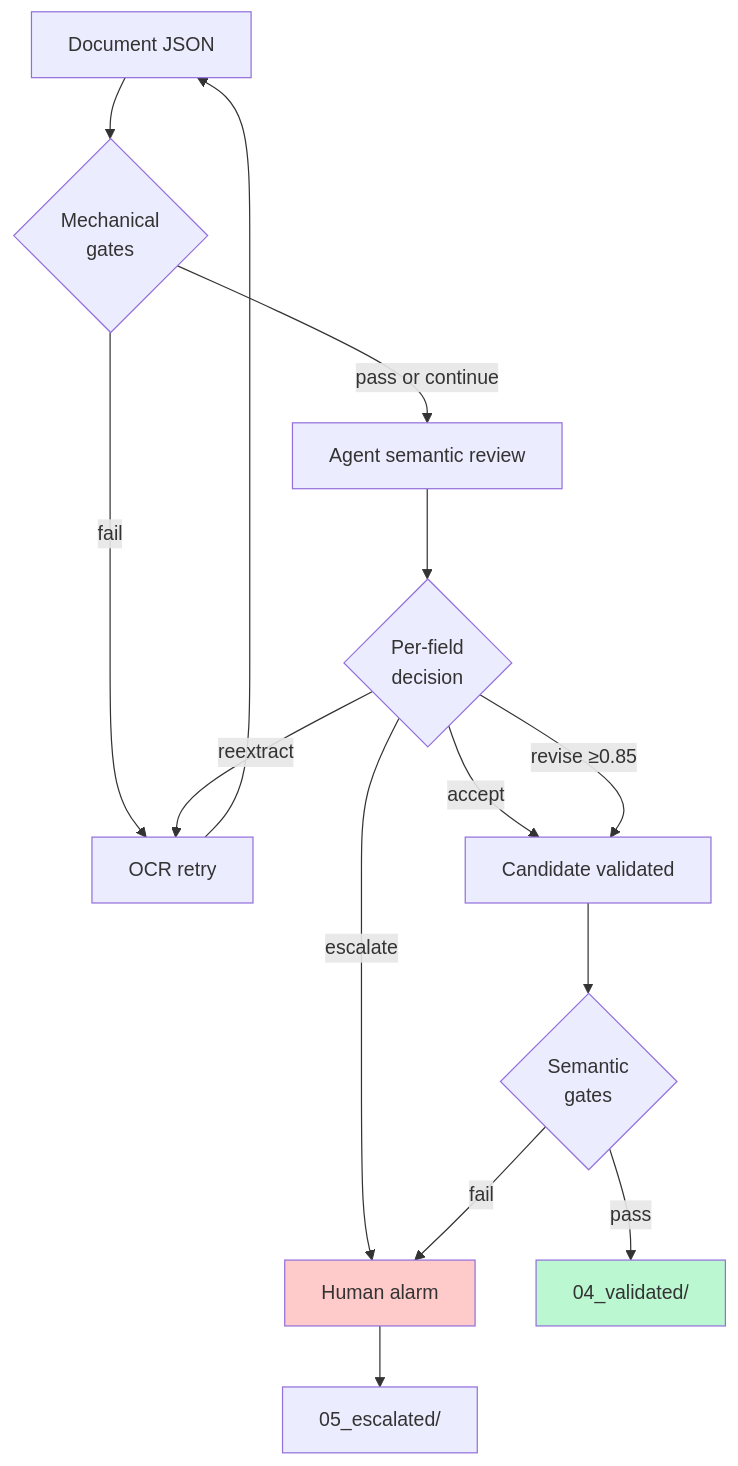
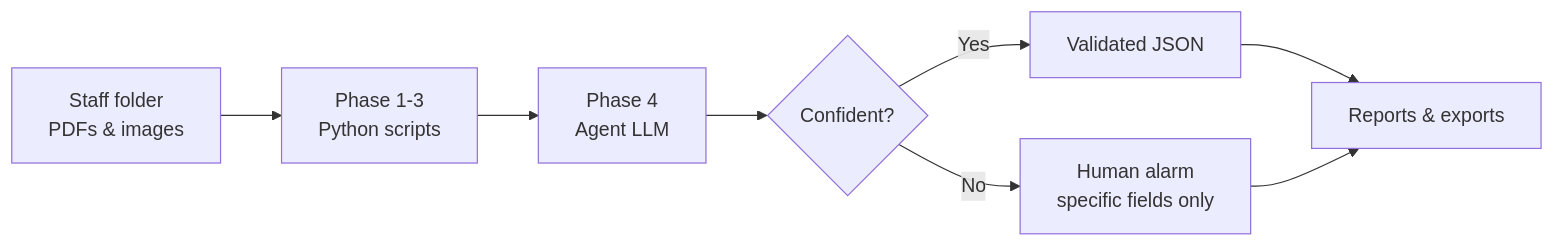
The diagram in README.md (jackyissocute/supplier-doc-intelligence), drawn with Mermaid before and after one commit. The commit also changed other lines of this file and 8 other files, not shown here.

````diff
--- a/README.md
+++ b/README.md
@@ -454,19 +45,10 @@
 ```mermaid
-flowchart TD
-    DOC[Document JSON] --> MG{Mechanical<br/>gates}
-    MG -->|fail| OCR[OCR retry]
-    OCR --> DOC
-    MG -->|pass or continue| SG[Agent semantic review]
-    SG --> FD{Per-field<br/>decision}
-    FD -->|accept| OK[Candidate validated]
-    FD -->|revise ≥0.85| OK
-    FD -->|reextract| OCR
-    FD -->|escalate| HU[Human alarm]
-    OK --> FG{Semantic<br/>gates}
-    FG -->|pass| VAL[04_validated/]
-    FG -->|fail| HU
-    HU --> ESC[05_escalated/]
-
-    style VAL fill:#bbf7d0
-    style HU fill:#fecaca
+flowchart LR
+    A[Staff folder<br/>PDFs & images] --> B[Phase 1-3<br/>Python scripts]
+    B --> C[Phase 4<br/>Agent LLM]
+    C --> D{Confident?}
+    D -->|Yes| E[Validated JSON]
+    D -->|No| F[Human alarm<br/>specific fields only]
+    E --> G[Reports & exports]
+    F --> G
 ```
````
